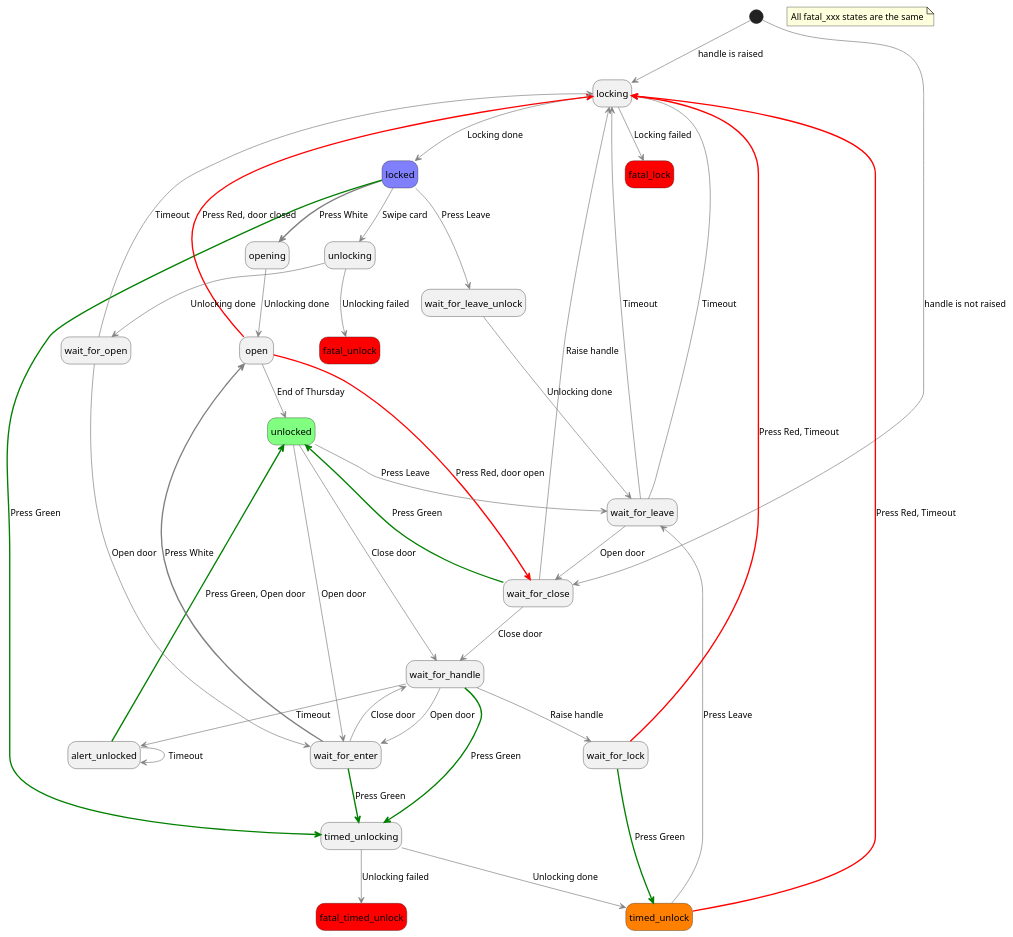
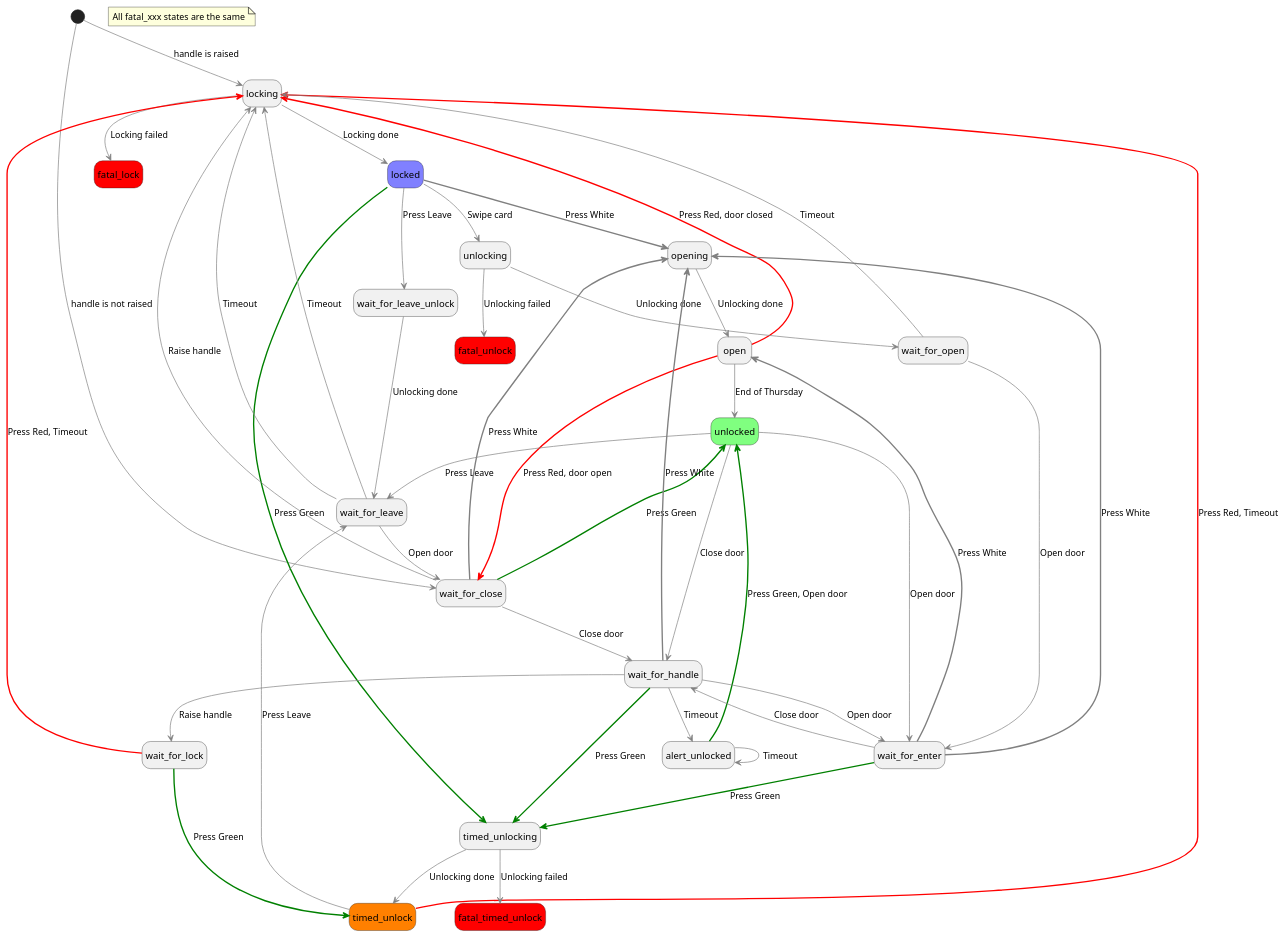
The diagram in ui/states.plantuml (bullestock/acsv2), drawn with PlantUML before and after one commit.

```diff
--- a/ui/states.plantuml
+++ b/ui/states.plantuml
@@ -1,63 +1,66 @@
 @startuml
 hide empty description
 
 <style>
 stateDiagram {
   arrow {
     LineColor Gray
   }
 }
 </style>
 
 state fatal_lock #ff0000
 state fatal_unlock #ff0000
 state fatal_timed_unlock #ff0000
 
 note "All fatal_xxx states are the same" as fatal_note
 
 state locked #8080ff
 state unlocked #80ff80
 state timed_unlock #ff8000
 
 [*] --> locking: handle is raised
 [*] --> wait_for_close: handle is not raised
 alert_unlocked --> alert_unlocked: Timeout
 alert_unlocked -[#green,bold]-> unlocked: Press Green, Open door
 locked -[#gray,bold]-> opening: Press White
 locked -[#green,bold]-> timed_unlocking: Press Green
 locked --> unlocking: Swipe card
 locked --> wait_for_leave_unlock: Press Leave
 locking --> fatal_lock: Locking failed
 locking --> locked: Locking done
 open -[#red,bold]-> locking: Press Red, door closed
 open -[#red,bold]-> wait_for_close: Press Red, door open
 open --> unlocked: End of Thursday
 opening --> open: Unlocking done
 timed_unlock -[#red,bold]-> locking: Press Red, Timeout
 timed_unlock --> wait_for_leave: Press Leave
 timed_unlocking --> fatal_timed_unlock: Unlocking failed
 timed_unlocking --> timed_unlock: Unlocking done
 unlocked --> wait_for_enter: Open door
 unlocked --> wait_for_handle: Close door
 unlocked --> wait_for_leave: Press Leave
 unlocking --> fatal_unlock: Unlocking failed
 unlocking --> wait_for_open: Unlocking done
 wait_for_close --> locking: Raise handle
 wait_for_close -[#green,bold]-> unlocked: Press Green
 wait_for_close --> wait_for_handle: Close door
+wait_for_close -[#gray,bold]-> opening: Press White
 wait_for_enter -[#green,bold]-> timed_unlocking: Press Green
 wait_for_enter -[#grey,bold]-> open: Press White
 wait_for_enter --> wait_for_handle: Close door
+wait_for_enter -[#gray,bold]-> opening: Press White
 wait_for_handle --> alert_unlocked: Timeout
 wait_for_handle -[#green,bold]-> timed_unlocking: Press Green
 wait_for_handle --> wait_for_enter: Open door
 wait_for_handle --> wait_for_lock: Raise handle
+wait_for_handle -[#gray,bold]-> opening: Press White
 wait_for_leave --> locking: Timeout
 wait_for_leave --> wait_for_close: Open door
 wait_for_leave --> locking: Timeout
 wait_for_leave_unlock --> wait_for_leave: Unlocking done
 wait_for_lock -[#red,bold]-> locking: Press Red, Timeout
 wait_for_lock -[#green,bold]-> timed_unlock: Press Green
 wait_for_open --> locking: Timeout
 wait_for_open --> wait_for_enter: Open door
 @enduml
```
